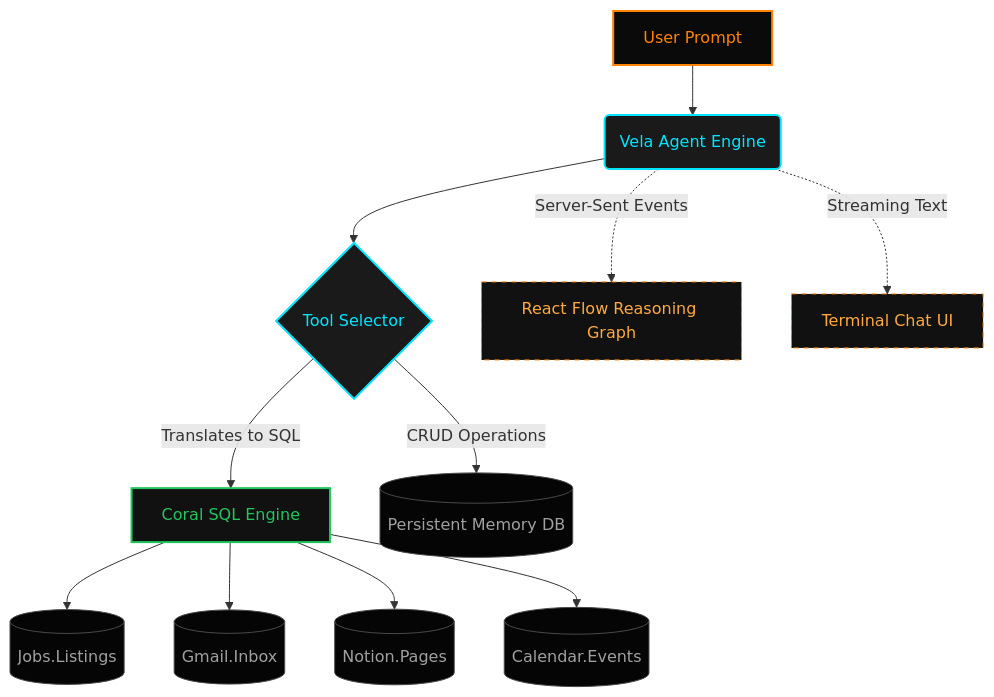
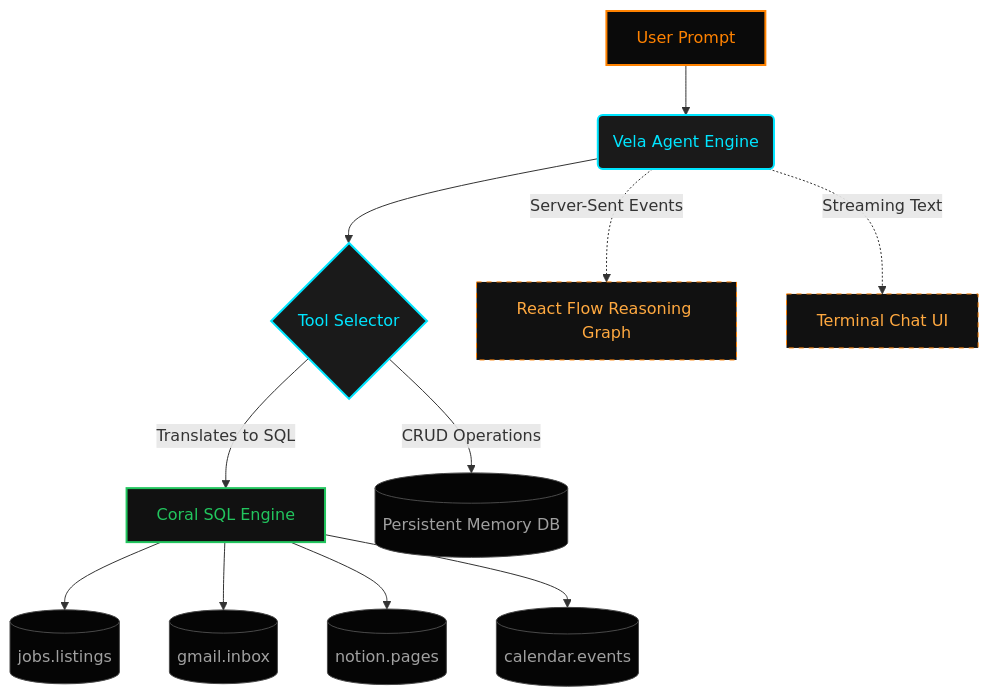
One commit to Priyank911/VELA changed the first of 3 diagrams in README.md. Above: the diagram before and after it, drawn with Mermaid. The commit also changed other lines of this file and 1 other file, not shown here.

````diff
--- a/README.md
+++ b/README.md
@@ -30,24 +48,22 @@
 ```mermaid
 graph TD
-    %% Styling
     classDef user fill:#0a0a0a,stroke:#ff8200,stroke-width:2px,color:#ff8200
     classDef agent fill:#1a1a1a,stroke:#00e5ff,stroke-width:2px,color:#00e5ff
     classDef coral fill:#111111,stroke:#22c55e,stroke-width:2px,color:#22c55e
     classDef data fill:#050505,stroke:#4a4a4a,stroke-width:1px,color:#a0a0a0
-    classDef ui fill:#111111,stroke:#ff8200,stroke-width:1px,color:#ffa940,stroke-dasharray: 5 5
+    classDef ui fill:#111111,stroke:#ff8200,stroke-width:1px,color:#ffa940,stroke-dasharray:5 5
 
-    %% Nodes
     A[User Prompt]:::user --> B(Vela Agent Engine):::agent
     B --> C{Tool Selector}:::agent
-    
+
     C -->|Translates to SQL| D[Coral SQL Engine]:::coral
     C -->|CRUD Operations| E[(Persistent Memory DB)]:::data
-    
-    D --> F[(Jobs.Listings)]:::data
-    D --> G[(Gmail.Inbox)]:::data
-    D --> H[(Notion.Pages)]:::data
-    D --> I[(Calendar.Events)]:::data
+
+    D --> F[(jobs.listings)]:::data
+    D --> G[(gmail.inbox)]:::data
+    D --> H[(notion.pages)]:::data
+    D --> I[(calendar.events)]:::data
 
     B -.->|Server-Sent Events| J[React Flow Reasoning Graph]:::ui
     B -.->|Streaming Text| K[Terminal Chat UI]:::ui
 ```
````
